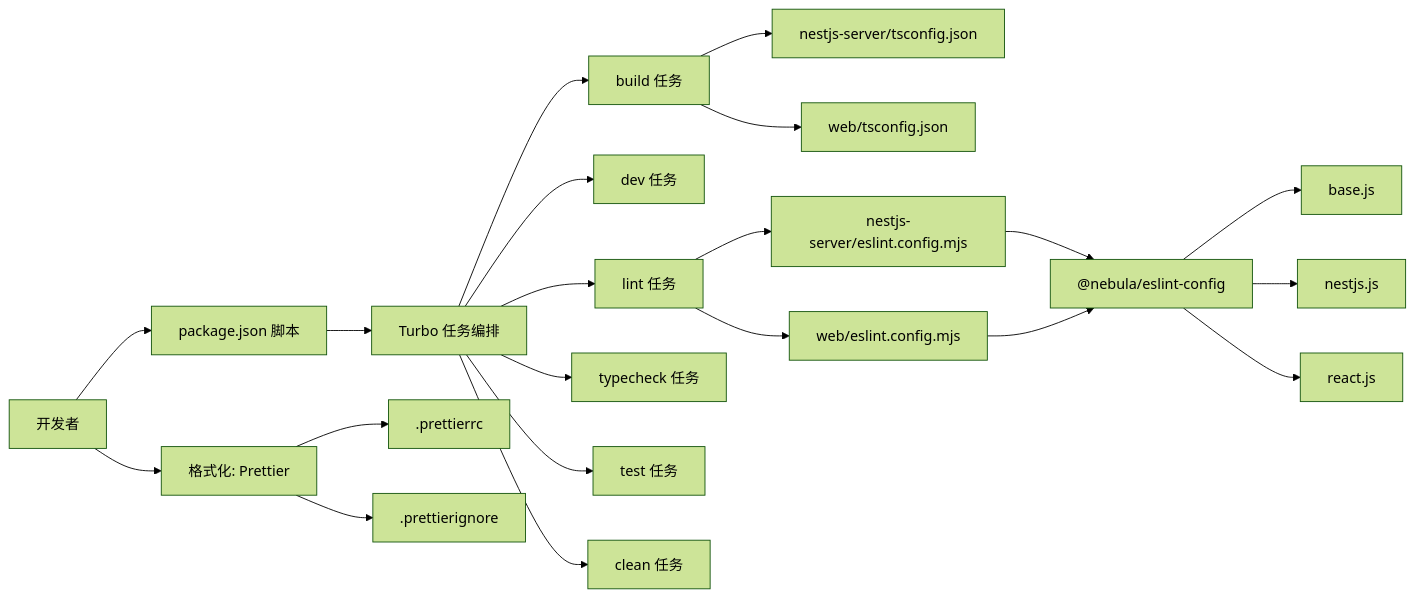
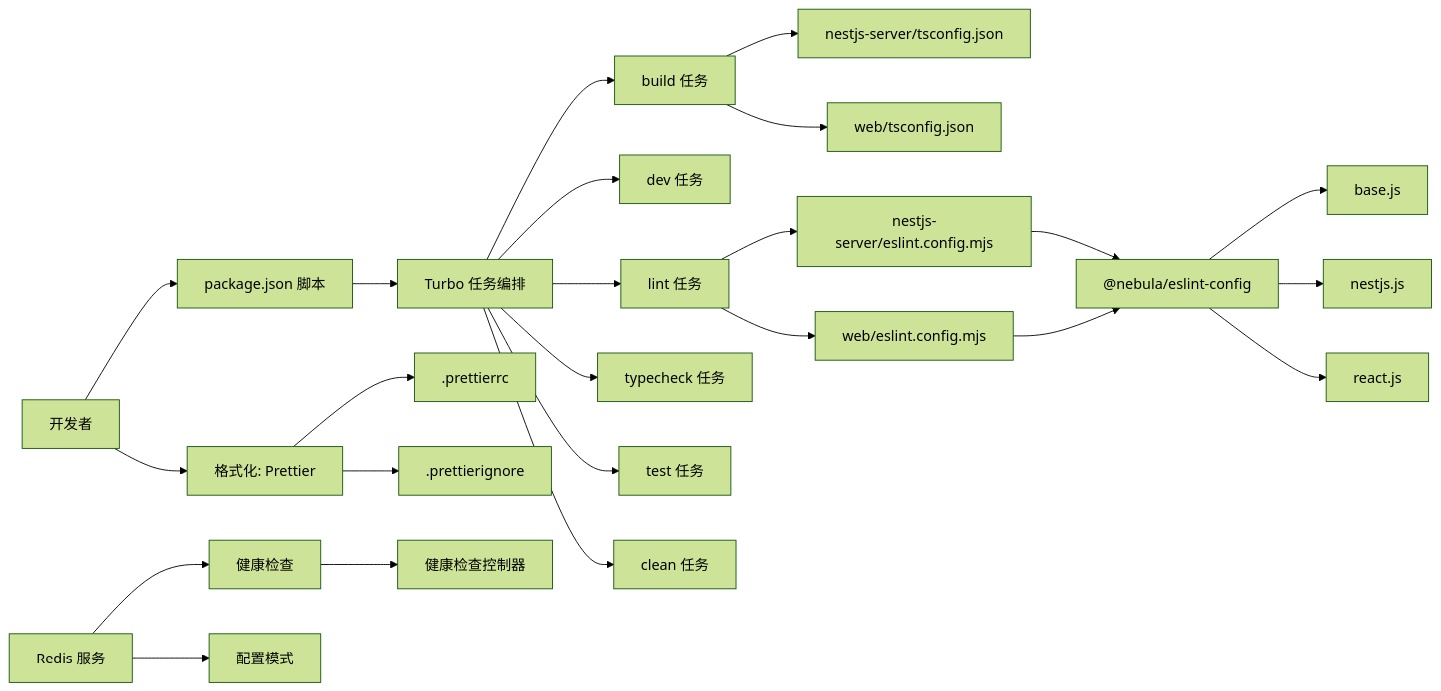
Before and after one commit to translateServers/nodes-stack: the second of 7 diagrams in .qoder/repowiki/zh/content/开发工具/开发工具.md, drawn with Mermaid (forest theme). The commit also changed other lines of this file and 4 other files, not shown here.

````diff
--- a/.qoder/repowiki/zh/content/开发工具/开发工具.md
+++ b/.qoder/repowiki/zh/content/开发工具/开发工具.md
@@ -130,23 +154,26 @@
 ```mermaid
 graph LR
 Dev["开发者"] --> Scripts["package.json 脚本"]
 Scripts --> Turbo["Turbo 任务编排"]
 Turbo --> Build["build 任务"]
 Turbo --> DevTask["dev 任务"]
 Turbo --> Lint["lint 任务"]
 Turbo --> Typecheck["typecheck 任务"]
 Turbo --> Test["test 任务"]
 Turbo --> Clean["clean 任务"]
 Build --> NestTS["nestjs-server/tsconfig.json"]
 Build --> WebTS["web/tsconfig.json"]
 Lint --> NestES["nestjs-server/eslint.config.mjs"]
 Lint --> WebES["web/eslint.config.mjs"]
 NestES --> ESLintPkg["@nebula/eslint-config"]
 WebES --> ESLintPkg
 ESLintPkg --> ESLintBase["base.js"]
 ESLintPkg --> ESLintNest["nestjs.js"]
 ESLintPkg --> ESLintReact["react.js"]
 Dev --> Format["格式化: Prettier"]
 Format --> PrettierRc[".prettierrc"]
 Format --> PrettierIgnore[".prettierignore"]
+Redis["Redis 服务"] --> Health["健康检查"]
+Redis --> Config["配置模式"]
+Health --> Controller["健康检查控制器"]
 ```
````
